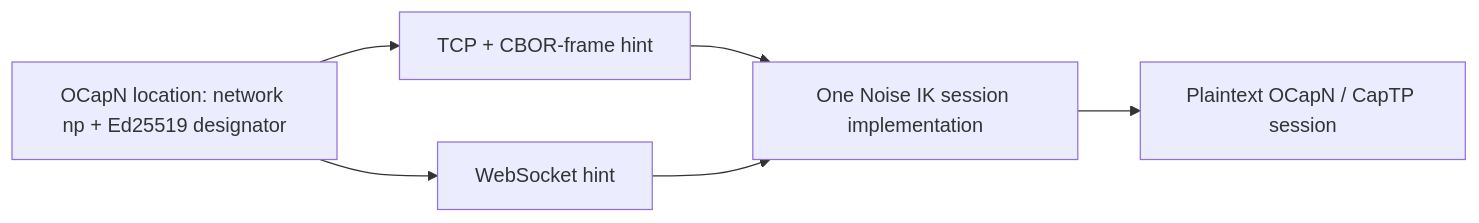
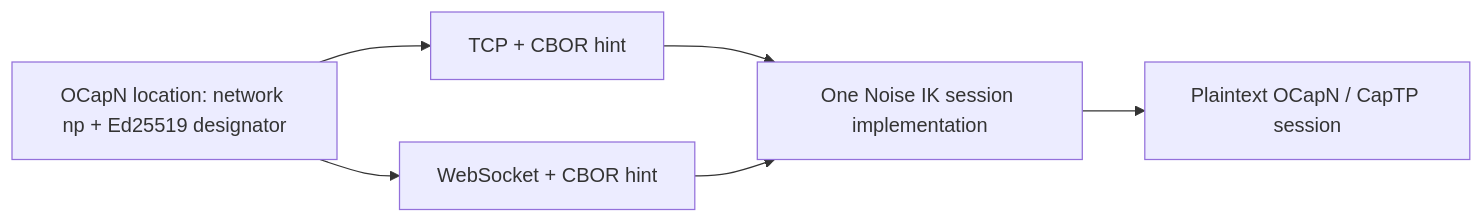
The diagram in designs/ocapn-network-transport-separation.md (endojs/endo-but-for-bots), drawn with Mermaid before and after one commit. The commit also changed other lines of this file, not shown here.

Commit message:
docs(ocapn): reconcile transport hint design (#1071)

````diff
--- a/designs/ocapn-network-transport-separation.md
+++ b/designs/ocapn-network-transport-separation.md
@@ -43,9 +43,9 @@
 ```mermaid
 flowchart LR
     location[OCapN location: network np + Ed25519 designator]
-    location --> tcp[TCP + CBOR-frame hint]
-    location --> ws[WebSocket hint]
+    location --> tcp[TCP + CBOR hint]
+    location --> ws[WebSocket + CBOR hint]
     tcp --> noise[One Noise IK session implementation]
     ws --> noise
     noise --> captp[Plaintext OCapN / CapTP session]
 ```
````
